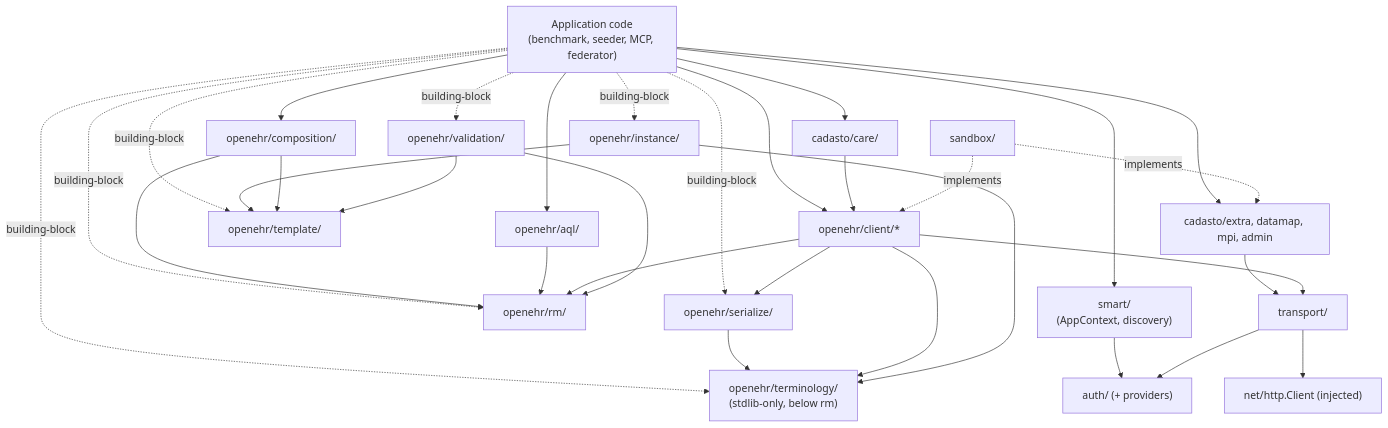
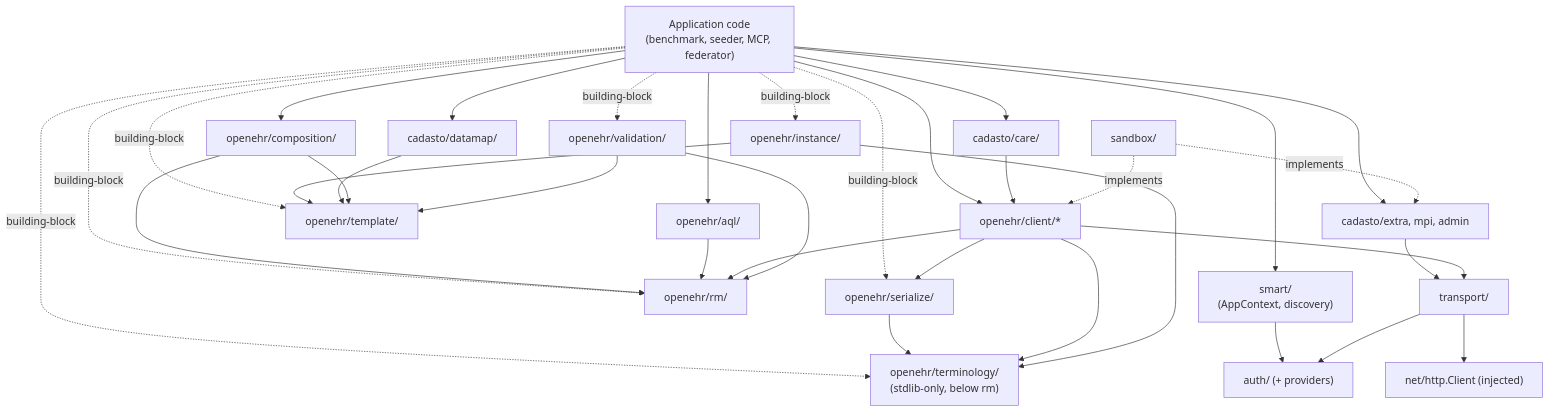
The first of 2 diagrams in docs/architecture.md (Cadasto/openehr-sdk-go), drawn with Mermaid before and after one commit. The commit also changed 5 other files, not shown here.

````diff
--- a/docs/architecture.md
+++ b/docs/architecture.md
@@ -44,53 +44,56 @@
 ```mermaid
 flowchart TD
   App["Application code<br/>(benchmark, seeder, MCP, federator)"]
   Care["cadasto/care/"]
-  Cadasto["cadasto/extra, datamap, mpi, admin"]
+  Cadasto["cadasto/extra, mpi, admin"]
+  Datamap["cadasto/datamap/"]
   Smart["smart/<br/>(AppContext, discovery)"]
   Composition["openehr/composition/"]
   Aql["openehr/aql/"]
   Client["openehr/client/*"]
   Rm["openehr/rm/"]
   Terminology["openehr/terminology/<br/>(stdlib-only, below rm)"]
   Serialize["openehr/serialize/"]
   Instance["openehr/instance/"]
   Validation["openehr/validation/"]
   Template["openehr/template/"]
   Http["transport/"]
   Auth["auth/ (+ providers)"]
   StdHttp["net/http.Client (injected)"]
   Sandbox["sandbox/"]
 
   App --> Care
   App --> Smart
   App --> Composition
   App --> Aql
   App --> Client
   App --> Cadasto
+  App --> Datamap
   App -. building-block .-> Rm
   App -. building-block .-> Serialize
   App -. building-block .-> Validation
   App -. building-block .-> Template
   App -. building-block .-> Terminology
   App -. building-block .-> Instance
   Serialize --> Terminology
   Client --> Terminology
   Instance --> Terminology
   Instance --> Template
 
   Care --> Client
   Cadasto --> Http
+  Datamap --> Template
   Smart --> Auth
   Composition --> Template
   Composition --> Rm
   Aql --> Rm
   Client --> Http
   Client --> Rm
   Client --> Serialize
   Validation --> Rm
   Validation --> Template
   Http --> Auth
   Http --> StdHttp
   Sandbox -. implements .-> Client
   Sandbox -. implements .-> Cadasto
 ```
````
